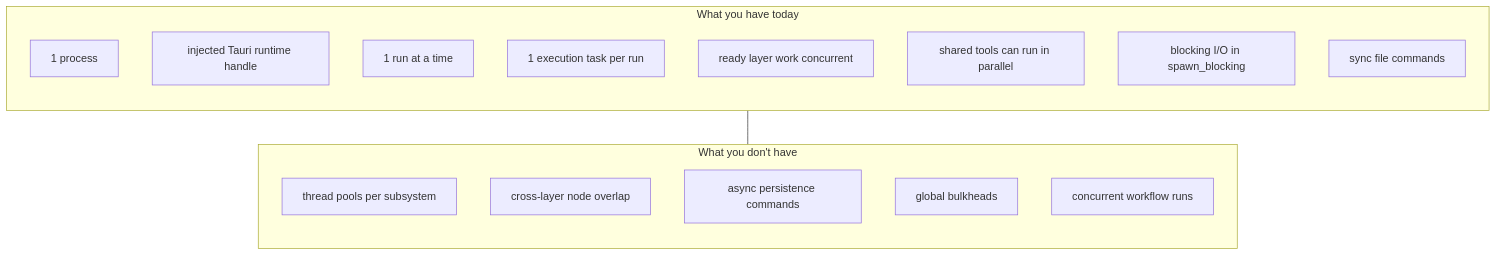
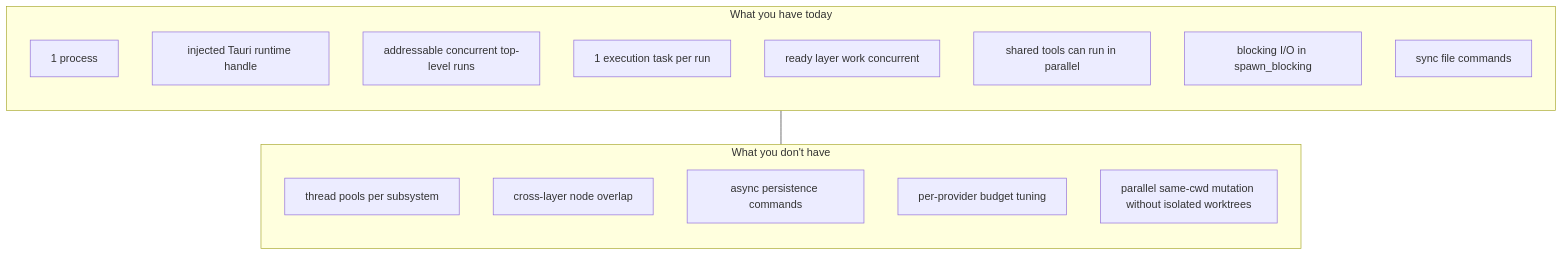
One commit to philbotar/OpenFlow changed the seventh of 7 diagrams in docs/architecture/threading-concurrency.md. Above: the diagram before and after it, drawn with Mermaid. The commit also changed other lines of this file and 191 other files, not shown here.

````diff
--- a/docs/architecture/threading-concurrency.md
+++ b/docs/architecture/threading-concurrency.md
@@ -321,25 +326,25 @@
 ```mermaid
 flowchart TB
     subgraph WhatYouHave["What you have today"]
         direction TB
         W1["1 process"]
         W2["injected Tauri runtime handle"]
-        W3["1 run at a time"]
+        W3["addressable concurrent top-level runs"]
         W4["1 execution task per run"]
         W5["ready layer work concurrent"]
         W6["shared tools can run in parallel"]
         W7["blocking I/O in spawn_blocking"]
         W8["sync file commands"]
     end
 
     subgraph WhatYouDontHave["What you don't have"]
         direction TB
         N1["thread pools per subsystem"]
         N2["cross-layer node overlap"]
         N3["async persistence commands"]
-        N4["global bulkheads"]
-        N5["concurrent workflow runs"]
+        N4["per-provider budget tuning"]
+        N5["parallel same-cwd mutation without isolated worktrees"]
     end
 
     WhatYouHave --- WhatYouDontHave
 ```
````
